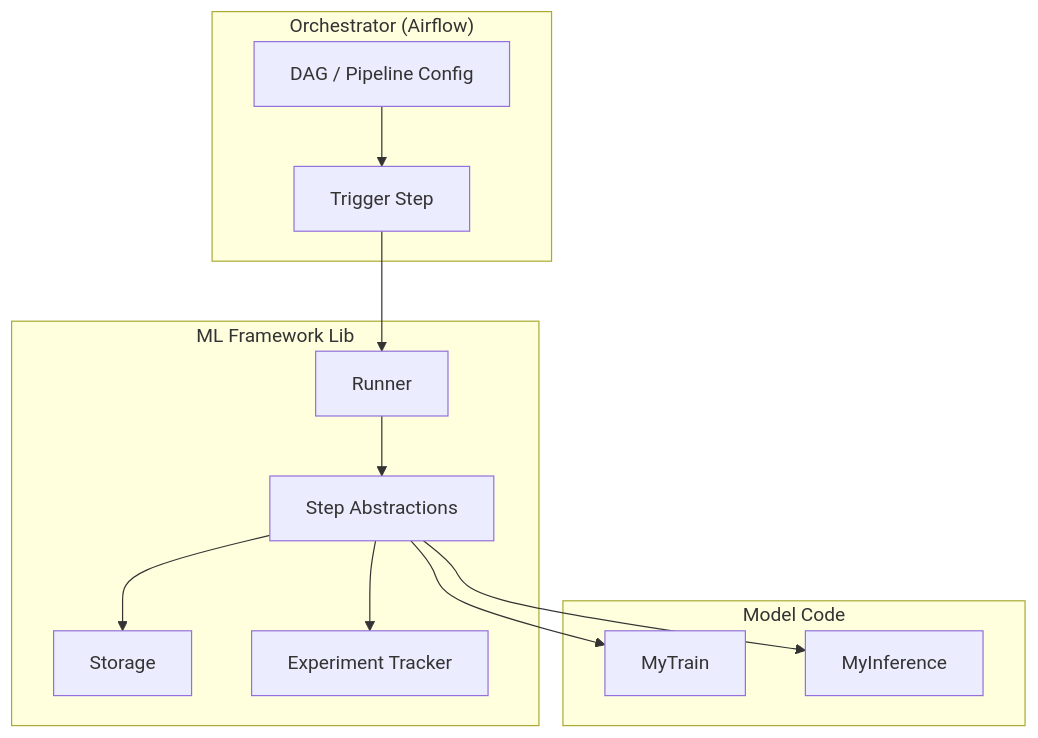
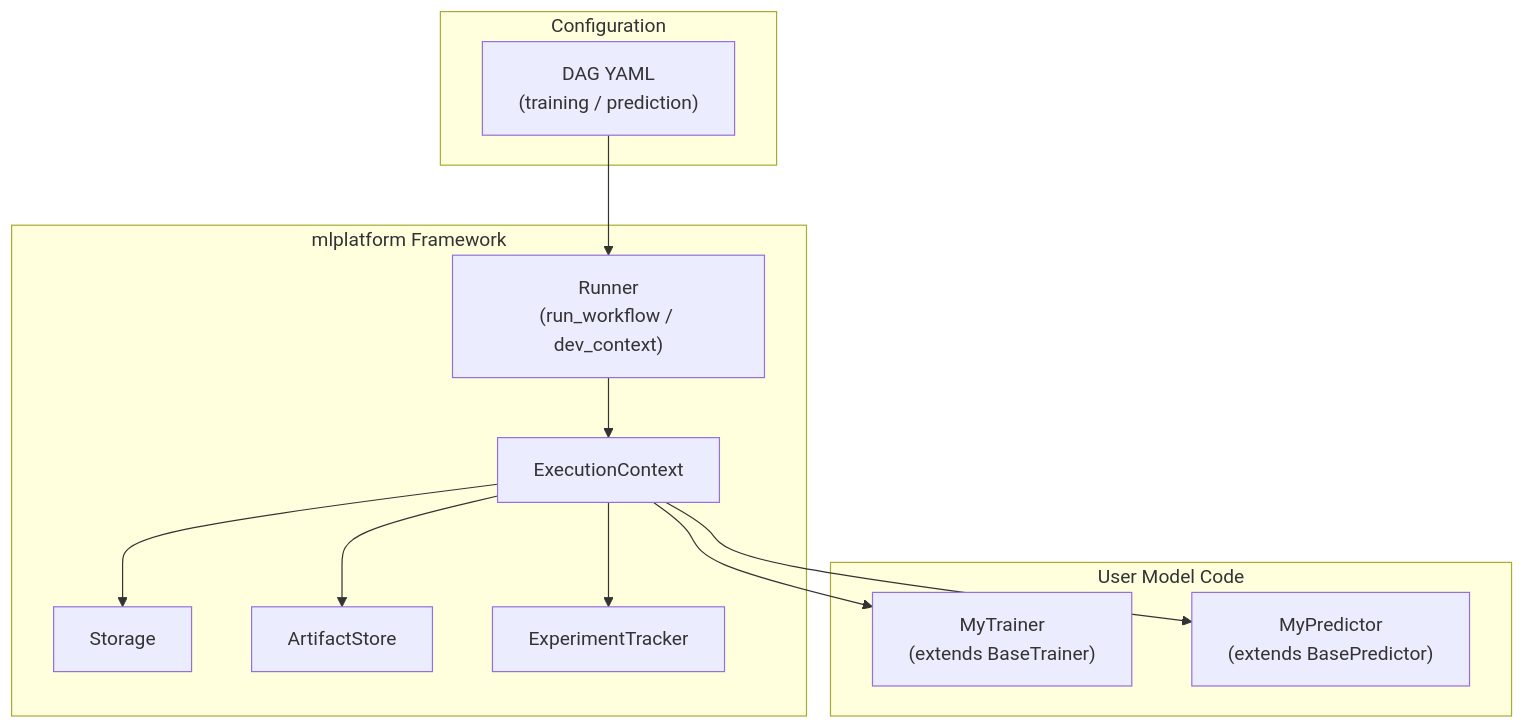
The first of 10 diagrams in DIAGRAMS.md (maods2/designing-mlops-framework), drawn with Mermaid before and after one commit. The commit also changed other lines of this file and 51 other files, not shown here.

````diff
--- a/DIAGRAMS.md
+++ b/DIAGRAMS.md
@@ -11,27 +11,27 @@
 ```mermaid
 flowchart TB
-    subgraph Orchestrator["Orchestrator (Airflow)"]
-        DAG[DAG / Pipeline Config]
-        Trigger[Trigger Step]
+    subgraph Config["Configuration"]
+        DAG["DAG YAML\n(training / prediction)"]
     end
 
-    subgraph MLFramework["ML Framework Lib"]
-        Runner[Runner]
-        Storage[Storage]
-        ETB[Experiment Tracker]
-        Steps[Step Abstractions]
+    subgraph Framework["mlplatform Framework"]
+        Runner["Runner\n(run_workflow / dev_context)"]
+        Context["ExecutionContext"]
+        Storage["Storage"]
+        Artifacts["ArtifactStore"]
+        Tracker["ExperimentTracker"]
     end
 
-    subgraph ModelCode["Model Code"]
-        Train[MyTrain]
-        Predict[MyInference]
+    subgraph ModelCode["User Model Code"]
+        Trainer["MyTrainer\n(extends BaseTrainer)"]
+        Predictor["MyPredictor\n(extends BasePredictor)"]
     end
 
-    DAG --> Trigger
-    Trigger --> Runner
-    Runner --> Steps
-    Steps --> Storage
-    Steps --> ETB
-    Steps --> Train
-    Steps --> Predict
+    DAG --> Runner
+    Runner --> Context
+    Context --> Storage
+    Context --> Artifacts
+    Context --> Tracker
+    Context --> Trainer
+    Context --> Predictor
 ```
````
